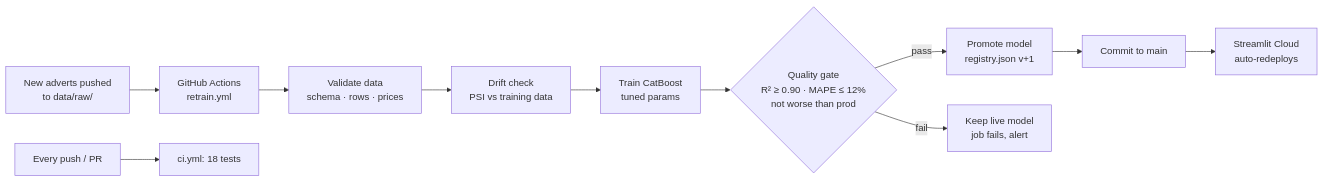
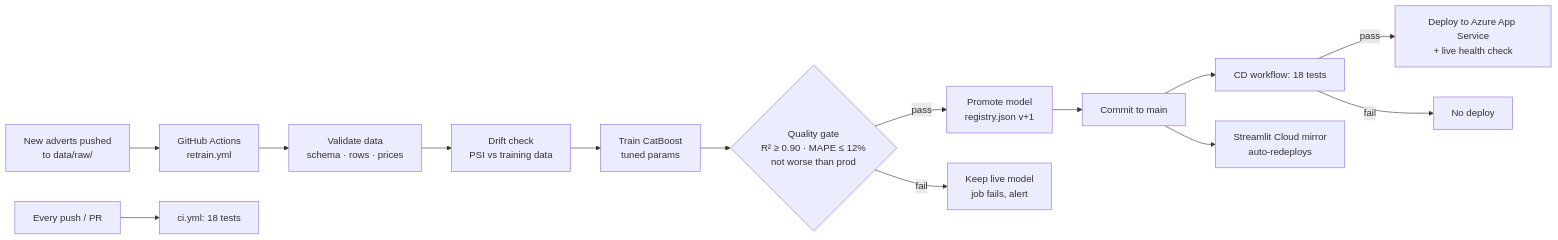
Before and after one commit to meluom/sl-car-price-estimator: the second of 2 diagrams in README.md, drawn with Mermaid. The commit also changed other lines of this file, not shown here.

Commit message:
README: Azure live link and test-gated CD to Azure

````diff
--- a/README.md
+++ b/README.md
@@ -187,12 +188,16 @@
 ```mermaid
 flowchart LR
     A["New adverts pushed<br/>to data/raw/"] --> B["GitHub Actions<br/>retrain.yml"]
     B --> C["Validate data<br/>schema · rows · prices"]
     C --> D["Drift check<br/>PSI vs training data"]
     D --> E["Train CatBoost<br/>tuned params"]
     E --> F{"Quality gate<br/>R² ≥ 0.90 · MAPE ≤ 12%<br/>not worse than prod"}
     F -- pass --> G["Promote model<br/>registry.json v+1"]
     F -- fail --> H["Keep live model<br/>job fails, alert"]
-    G --> I["Commit to main"] --> J["Streamlit Cloud<br/>auto-redeploys"]
+    G --> I["Commit to main"]
     K["Every push / PR"] --> L["ci.yml: 18 tests"]
+    I --> M["CD workflow: 18 tests"]
+    M -- pass --> N["Deploy to Azure App Service<br/>+ live health check"]
+    M -- fail --> O["No deploy"]
+    I --> J["Streamlit Cloud mirror<br/>auto-redeploys"]
 ```
````
